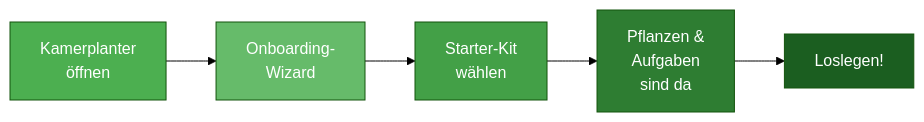
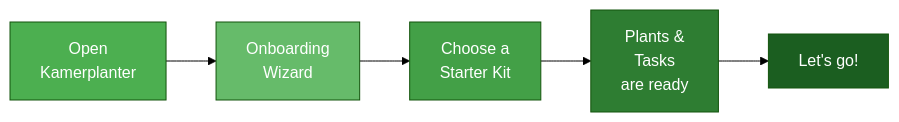
One commit to nolte/kamerplanter changed the diagram in docs/de/getting-started/index.md. Above: the diagram before and after it, drawn with Mermaid (forest theme). The commit also changed other lines of this file and 44 other files, not shown here.

First line of the commit message:
docs: make all Mermaid diagrams spec-compliant (repo-wide sweep)

````diff
--- a/docs/de/getting-started/index.md
+++ b/docs/de/getting-started/index.md
@@ -31,13 +32,13 @@
 ```mermaid
-graph LR
-    A["Kamerplanter<br>öffnen"] --> B["Onboarding-<br>Wizard"]
-    B --> C["Starter-Kit<br>wählen"]
-    C --> D["Pflanzen &<br>Aufgaben<br>sind da"]
-    D --> E["Loslegen!"]
+flowchart LR
+    A["Open<br>Kamerplanter"] --> B["Onboarding<br>Wizard"]
+    B --> C["Choose a<br>Starter Kit"]
+    C --> D["Plants &<br>Tasks<br>are ready"]
+    D --> E["Let's go!"]
 
     style A fill:#4CAF50,color:#fff
     style B fill:#66BB6A,color:#fff
     style C fill:#43A047,color:#fff
     style D fill:#2E7D32,color:#fff
     style E fill:#1B5E20,color:#fff
 ```
````
